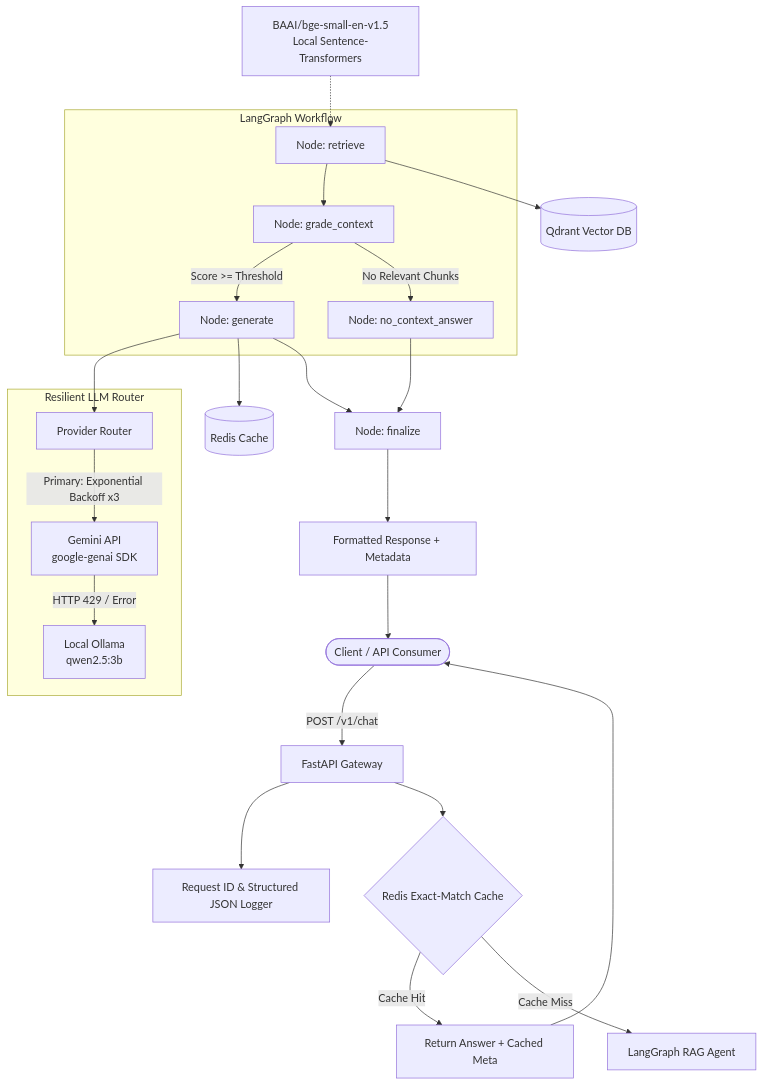
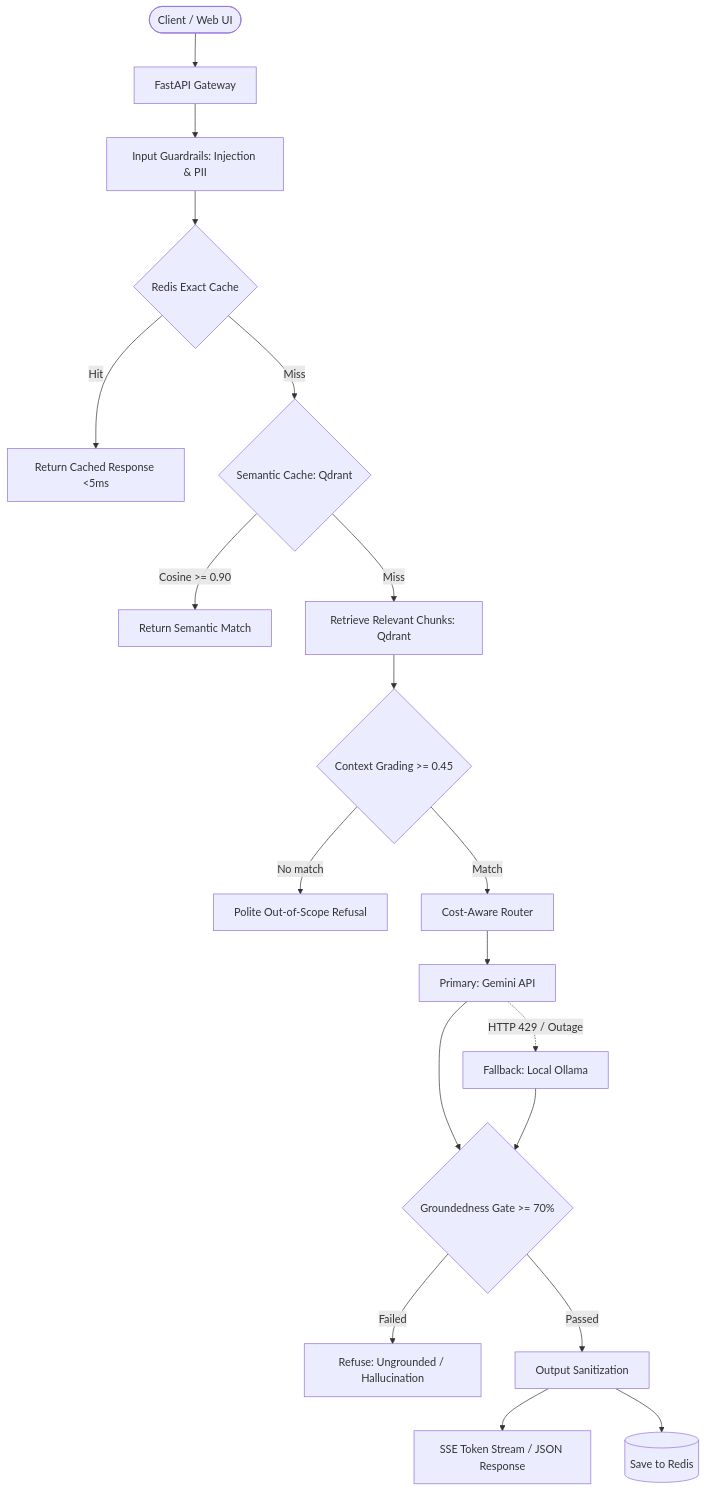
Before and after one commit to sentinelai-org/sentinel: the diagram in README.md, drawn with Mermaid. The commit also changed other lines of this file, not shown here.

Commit message:
feat:  update README architecture diagram

````diff
--- a/README.md
+++ b/README.md
@@ -9,31 +11,29 @@
 ```mermaid
 flowchart TD
-    Client([Client / API Consumer]) -->|POST /v1/chat| Gateway[FastAPI Gateway]
-    Gateway --> ReqID[Request ID & Structured JSON Logger]
-    Gateway --> CacheCheck{Redis Exact-Match Cache}
+    Client([Client / Web UI]) --> Ingress[FastAPI Gateway]
     
-    CacheCheck -->|Cache Hit| ReturnCached[Return Answer + Cached Meta]
-    CacheCheck -->|Cache Miss| LangGraphAgent[LangGraph RAG Agent]
+    Ingress --> Guard[Input Guardrails: Injection & PII]
+    Guard --> Cache{Redis Exact Cache}
     
-    subgraph AgentGraph [LangGraph Workflow]
-        Retrieve[Node: retrieve] --> Grade[Node: grade_context]
-        Grade -->|Score >= Threshold| Generate[Node: generate]
-        Grade -->|No Relevant Chunks| FallbackAnswer[Node: no_context_answer]
-    end
+    Cache -->|Hit| ReturnCache[Return Cached Response <5ms]
+    Cache -->|Miss| SemanticCache{Semantic Cache: Qdrant}
     
-    Retrieve --> VectorStore[(Qdrant Vector DB)]
-    Embeddings[BAAI/bge-small-en-v1.5\nLocal Sentence-Transformers] -.-> Retrieve
+    SemanticCache -->|Cosine >= 0.90| ReturnSemantic[Return Semantic Match]
+    SemanticCache -->|Miss| Retrieve[Retrieve Relevant Chunks: Qdrant]
     
-    subgraph LLMLayer [Resilient LLM Router]
-        Generate --> Router[Provider Router]
-        Router -->|Primary: Exponential Backoff x3| Gemini[Gemini API\ngoogle-genai SDK]
-        Gemini -->|HTTP 429 / Error| Ollama[Local Ollama\nqwen2.5:3b]
-    end
-
-    Generate --> SaveCache[(Redis Cache)]
-    FallbackAnswer --> Finalize[Node: finalize]
-    Generate --> Finalize
-    Finalize --> Response[Formatted Response + Metadata]
-    ReturnCached --> Client
-    Response --> Client
+    Retrieve --> Grade{Context Grading >= 0.45}
+    Grade -->|No match| Refusal[Polite Out-of-Scope Refusal]
+    Grade -->|Match| Route[Cost-Aware Router]
+    
+    Route --> Gemini[Primary: Gemini API]
+    Gemini -.->|HTTP 429 / Outage| Ollama[Fallback: Local Ollama]
+    
+    Gemini --> Gate{Groundedness Gate >= 70%}
+    Ollama --> Gate
+    
+    Gate -->|Failed| Block[Refuse: Ungrounded / Hallucination]
+    Gate -->|Passed| OutputGuard[Output Sanitization]
+    
+    OutputGuard --> Stream[SSE Token Stream / JSON Response]
+    OutputGuard --> SaveCache[(Save to Redis)]
 ```
````
